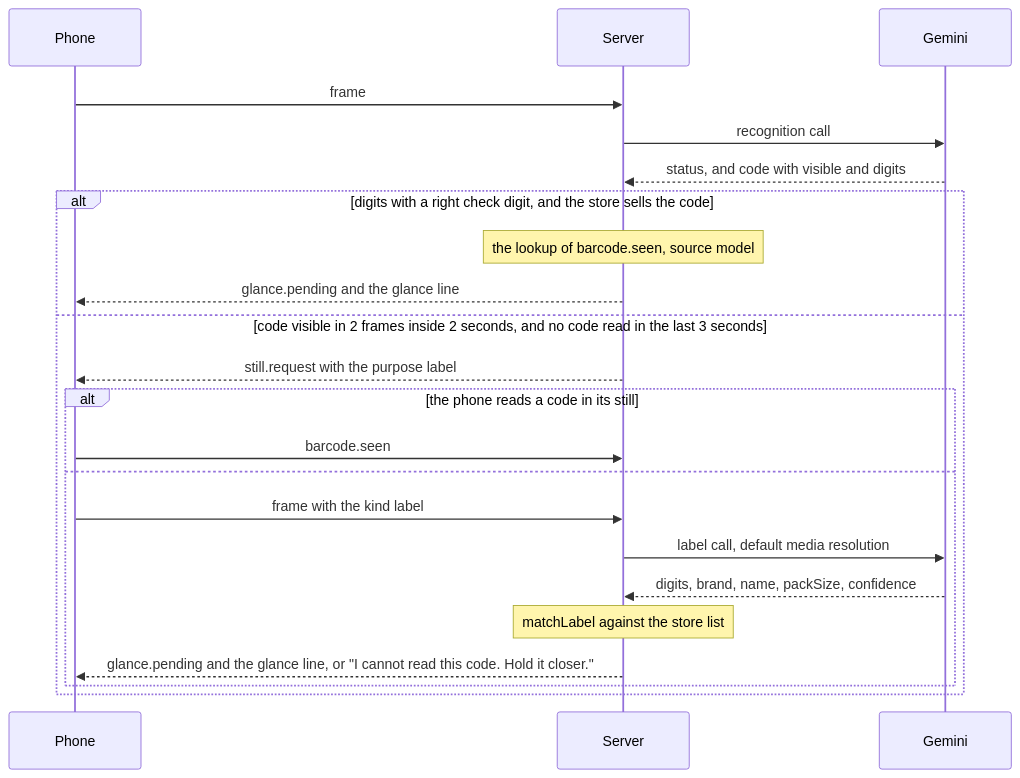
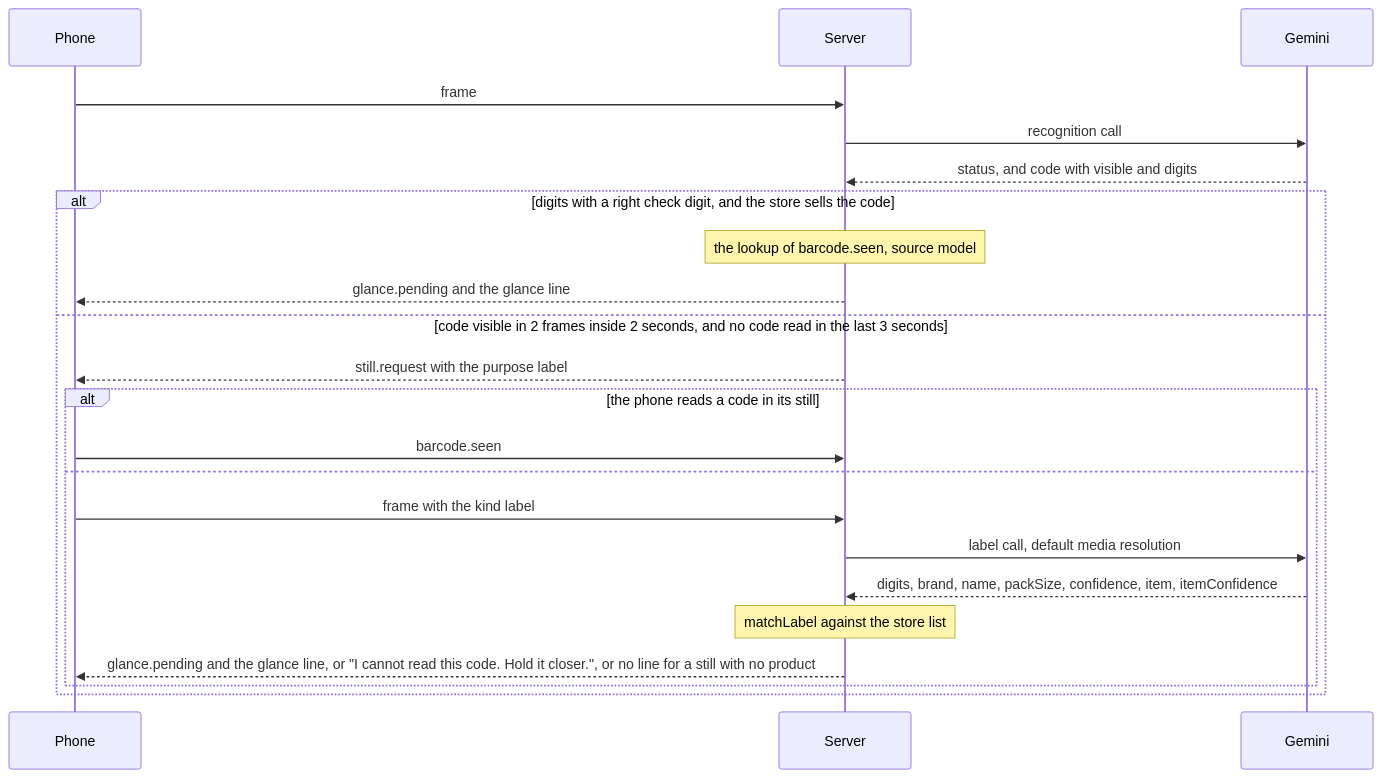
One commit to mrBymax/glance changed the third of 12 diagrams in apps/server/README.md. Above: the diagram before and after it, drawn with Mermaid. The commit also changed other lines of this file and 4 other files, not shown here.

````diff
--- a/apps/server/README.md
+++ b/apps/server/README.md
@@ -411,24 +419,24 @@
 ```mermaid
 sequenceDiagram
   participant Phone
   participant Server
   participant Gemini
   Phone->>Server: frame
   Server->>Gemini: recognition call
   Gemini-->>Server: status, and code with visible and digits
   alt digits with a right check digit, and the store sells the code
     Note over Server: the lookup of barcode.seen, source model
     Server-->>Phone: glance.pending and the glance line
   else code visible in 2 frames inside 2 seconds, and no code read in the last 3 seconds
     Server-->>Phone: still.request with the purpose label
     alt the phone reads a code in its still
       Phone->>Server: barcode.seen
     else
       Phone->>Server: frame with the kind label
       Server->>Gemini: label call, default media resolution
-      Gemini-->>Server: digits, brand, name, packSize, confidence
+      Gemini-->>Server: digits, brand, name, packSize, confidence, item, itemConfidence
       Note over Server: matchLabel against the store list
-      Server-->>Phone: glance.pending and the glance line, or "I cannot read this code. Hold it closer."
+      Server-->>Phone: glance.pending and the glance line, or "I cannot read this code. Hold it closer.", or no line for a still with no product
     end
   end
 ```
````
